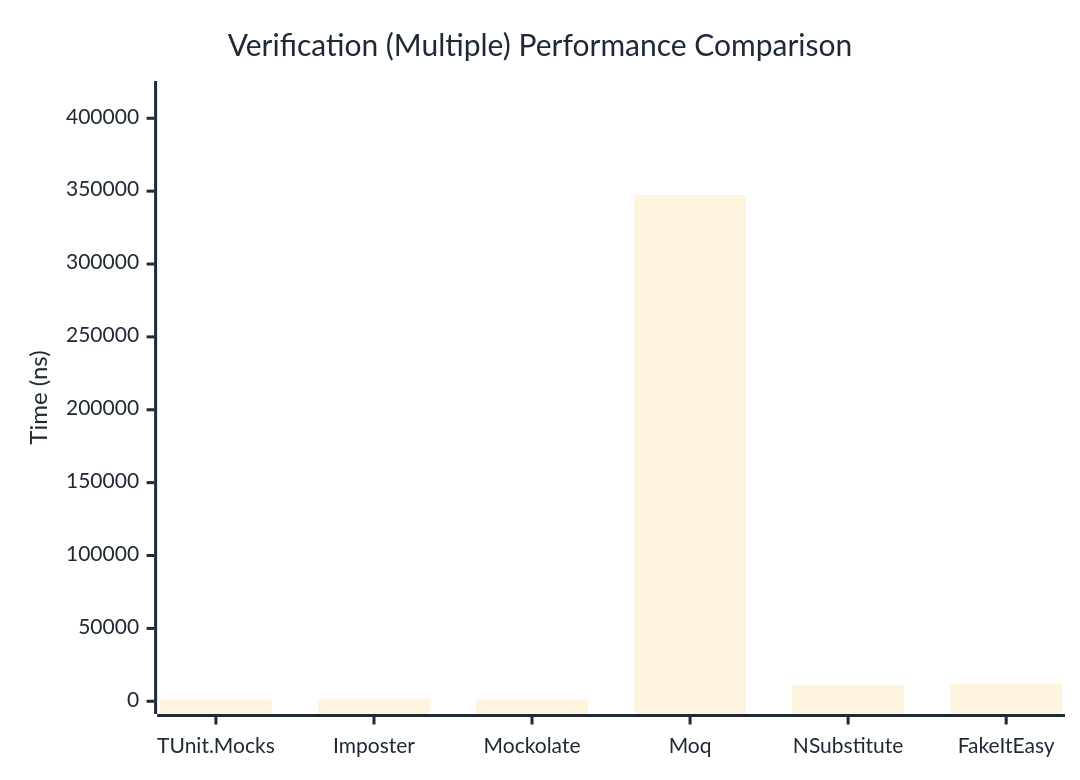
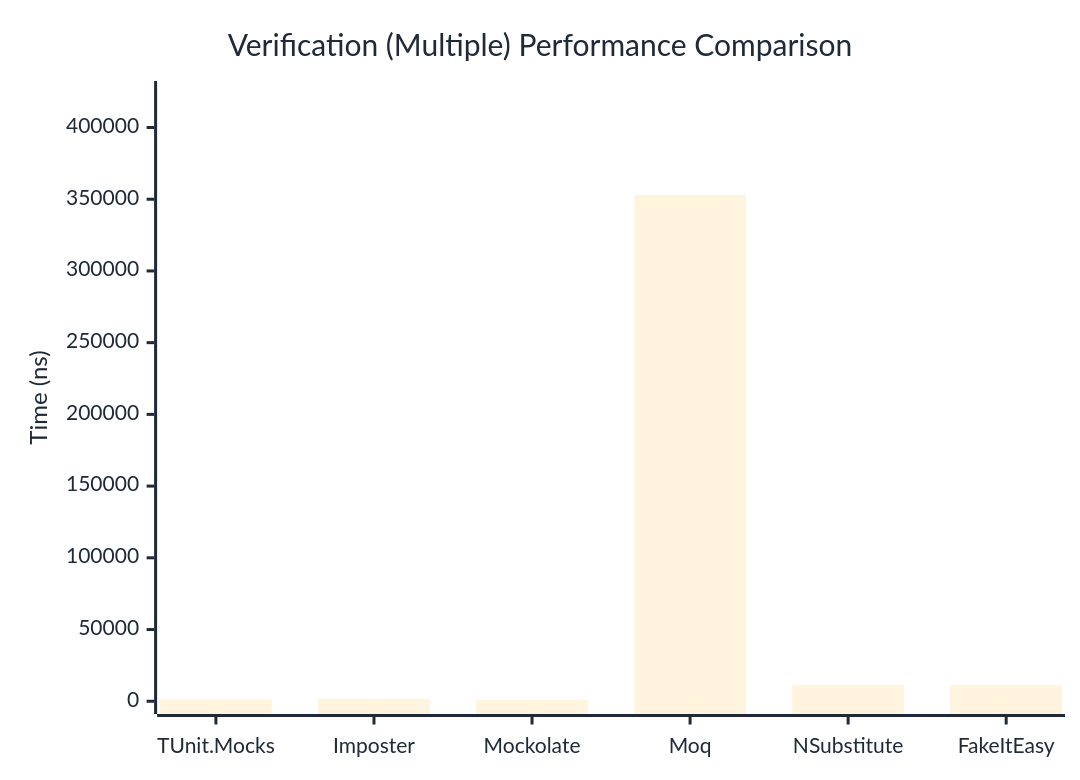
One commit to thomhurst/TUnit changed the third of 3 diagrams in docs/docs/benchmarks/mocks/Verification.md. Above: the diagram before and after it, drawn with Mermaid. The commit also changed other lines of this file and 14 other files, not shown here.

````diff
--- a/docs/docs/benchmarks/mocks/Verification.md
+++ b/docs/docs/benchmarks/mocks/Verification.md
@@ -112,27 +112,27 @@
 ```mermaid
 %%{init: {
   'theme':'base',
   'themeVariables': {
     'primaryColor': '#2563eb',
     'primaryTextColor': '#1f2937',
     'primaryBorderColor': '#1e40af',
     'lineColor': '#6b7280',
     'secondaryColor': '#7c3aed',
     'tertiaryColor': '#dc2626',
     'background': '#ffffff',
     'pie1': '#2563eb',
     'pie2': '#7c3aed',
     'pie3': '#dc2626',
     'pie4': '#f59e0b',
     'pie5': '#10b981',
     'pie6': '#06b6d4',
     'pie7': '#ec4899',
     'pie8': '#6366f1'
   }
 }}%%
 xychart-beta
   title "Verification (Multiple) Performance Comparison"
   x-axis ["TUnit.Mocks", "Imposter", "Mockolate", "Moq", "NSubstitute", "FakeItEasy"]
-  y-axis "Time (ns)" 0 --> 416823
-  bar [1250.61, 1650.72, 1046.23, 347352.06, 11307.22, 11827.79]
+  y-axis "Time (ns)" 0 --> 423539
+  bar [1304.87, 1665.51, 1043.86, 352948.79, 11407.85, 11419.37]
 ```
````
